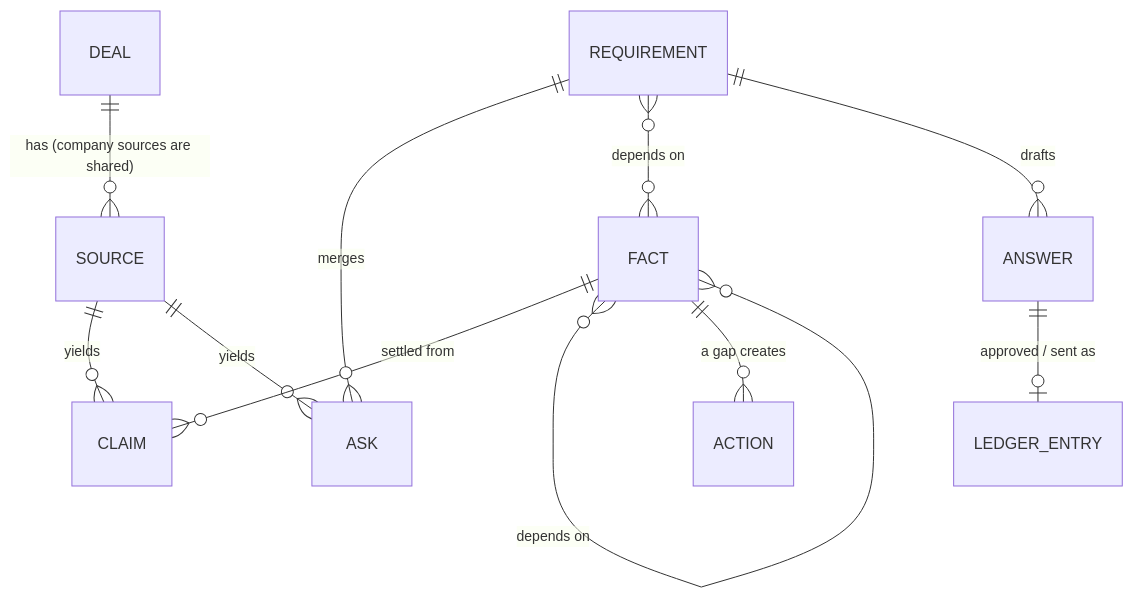
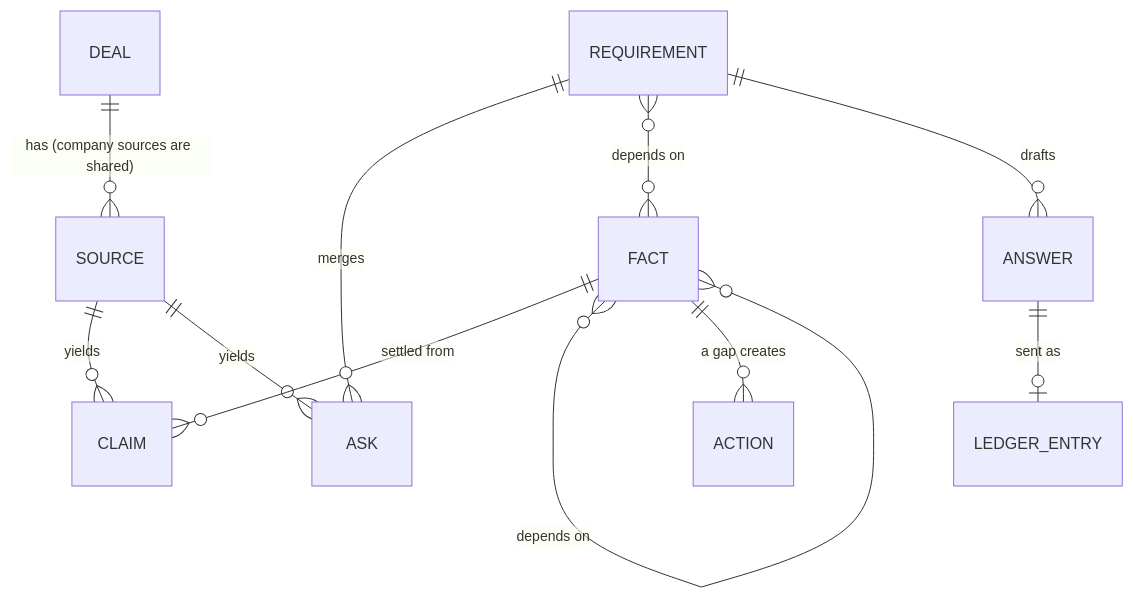
One commit to Whiteknight07/procurement-navigator changed the second of 6 diagrams in docs/ARCHITECTURE.md. Above: the diagram before and after it, drawn with Mermaid. The commit also changed other lines of this file and 225 other files, not shown here.

````diff
--- a/docs/ARCHITECTURE.md
+++ b/docs/ARCHITECTURE.md
@@ -64,13 +70,13 @@
 ```mermaid
 erDiagram
   DEAL ||--o{ SOURCE : "has (company sources are shared)"
   SOURCE ||--o{ CLAIM : yields
   SOURCE ||--o{ ASK : yields
   FACT ||--o{ CLAIM : "settled from"
   REQUIREMENT ||--o{ ASK : merges
   REQUIREMENT }o--o{ FACT : "depends on"
   FACT }o--o{ FACT : "depends on"
   REQUIREMENT ||--o{ ANSWER : drafts
-  ANSWER ||--o| LEDGER_ENTRY : "approved / sent as"
+  ANSWER ||--o| LEDGER_ENTRY : "sent as"
   FACT ||--o{ ACTION : "a gap creates"
 ```
````
